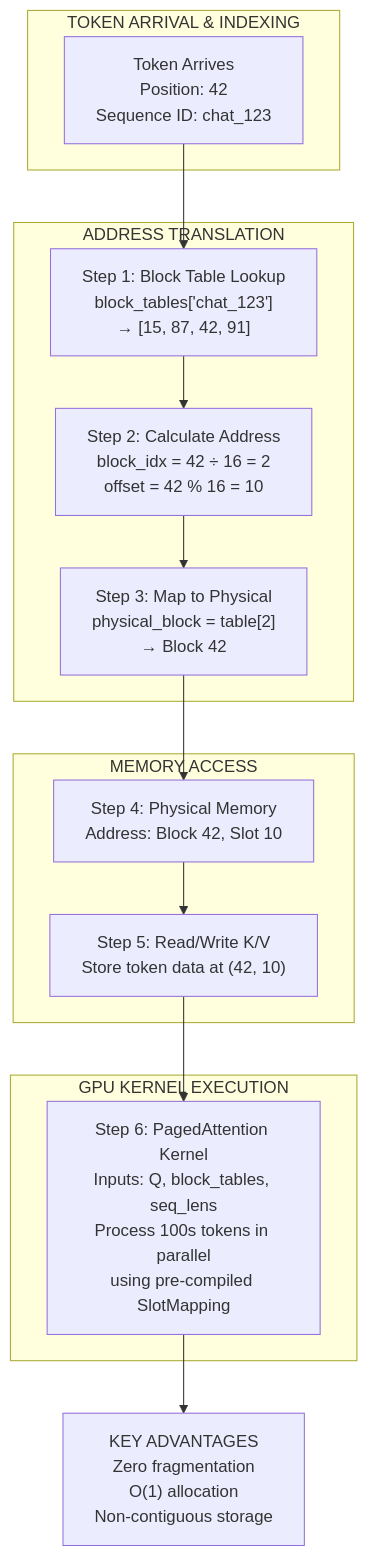
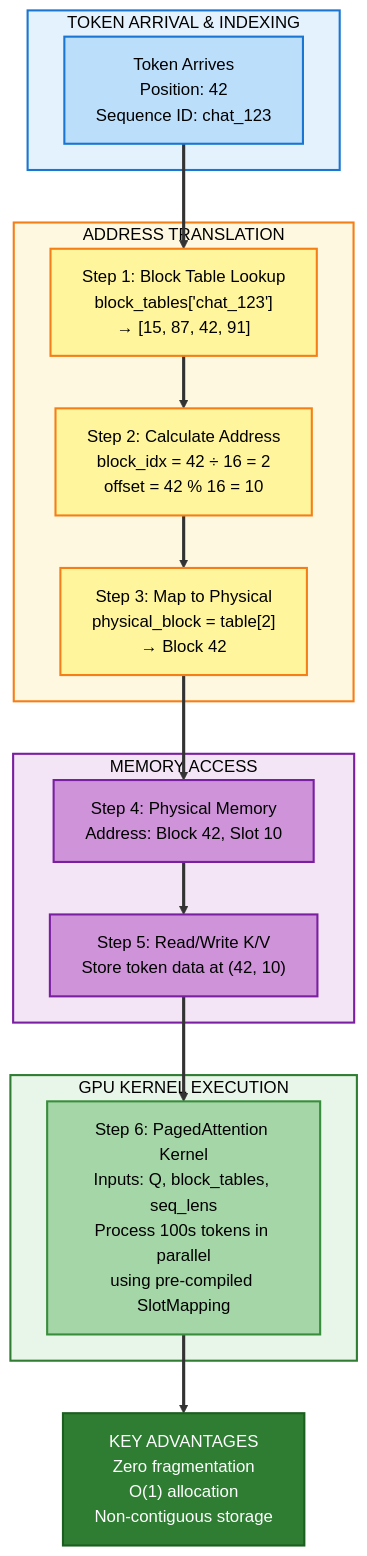
One commit to Shahriarin2garden/vllm_from_scratch changed the sixth of 15 diagrams in lab0.3/README.md. Above: the diagram before and after it, drawn with Mermaid. The commit also changed other lines of this file and 2 other files, not shown here.

Commit message:
Enhance README with detailed mermaid diagrams for KV cache performance, memory fragmentation, and eviction strategies; add .gitignore to exclude plans directory from version control.

````diff
--- a/lab0.3/README.md
+++ b/lab0.3/README.md
@@ -464,28 +519,43 @@
 ```mermaid
 graph TD
-    subgraph REQUEST["TOKEN ARRIVAL & INDEXING"]
+    subgraph REQUEST [" TOKEN ARRIVAL & INDEXING "]
         T1["Token Arrives<br/>Position: 42<br/>Sequence ID: chat_123"]
     end
     
-    subgraph TRANSLATION["ADDRESS TRANSLATION"]
+    subgraph TRANSLATION [" ADDRESS TRANSLATION "]
         BT["Step 1: Block Table Lookup<br/>block_tables['chat_123']<br/>→ [15, 87, 42, 91]"]
         
         Calc["Step 2: Calculate Address<br/>block_idx = 42 ÷ 16 = 2<br/>offset = 42 % 16 = 10"]
         
         Map["Step 3: Map to Physical<br/>physical_block = table[2]<br/>→ Block 42"]
     end
     
-    subgraph MEMORY["MEMORY ACCESS"]
+    subgraph MEMORY [" MEMORY ACCESS "]
         PM["Step 4: Physical Memory<br/>Address: Block 42, Slot 10"]
         
         Read["Step 5: Read/Write K/V<br/>Store token data at (42, 10)"]
     end
     
-    subgraph KERNEL["GPU KERNEL EXECUTION"]
+    subgraph KERNEL [" GPU KERNEL EXECUTION "]
         Kernel["Step 6: PagedAttention Kernel<br/>Inputs: Q, block_tables, seq_lens<br/>Process 100s tokens in parallel<br/>using pre-compiled SlotMapping"]
     end
     
     BENEFITS["KEY ADVANTAGES<br/>Zero fragmentation<br/>O(1) allocation<br/>Non-contiguous storage"]
     
     T1 --> BT --> Calc --> Map --> PM --> Read --> Kernel --> BENEFITS
+    
+    linkStyle default stroke:#333,stroke-width:3px
+    
+    style REQUEST fill:#e3f2fd,stroke:#1976d2,stroke-width:2px,color:#000
+    style TRANSLATION fill:#fff8e1,stroke:#f57f17,stroke-width:2px,color:#000
+    style MEMORY fill:#f3e5f5,stroke:#7b1fa2,stroke-width:2px,color:#000
+    style KERNEL fill:#e8f5e9,stroke:#2e7d32,stroke-width:2px,color:#000
+    style T1 fill:#bbdefb,stroke:#1976d2,stroke-width:2px,color:#000
+    style BT fill:#fff59d,stroke:#f57f17,stroke-width:2px,color:#000
+    style Calc fill:#fff59d,stroke:#f57f17,stroke-width:2px,color:#000
+    style Map fill:#fff59d,stroke:#f57f17,stroke-width:2px,color:#000
+    style PM fill:#ce93d8,stroke:#7b1fa2,stroke-width:2px,color:#000
+    style Read fill:#ce93d8,stroke:#7b1fa2,stroke-width:2px,color:#000
+    style Kernel fill:#a5d6a7,stroke:#388e3c,stroke-width:2px,color:#000
+    style BENEFITS fill:#2e7d32,stroke:#1b5e20,stroke-width:2px,color:#fff
 ```
````
